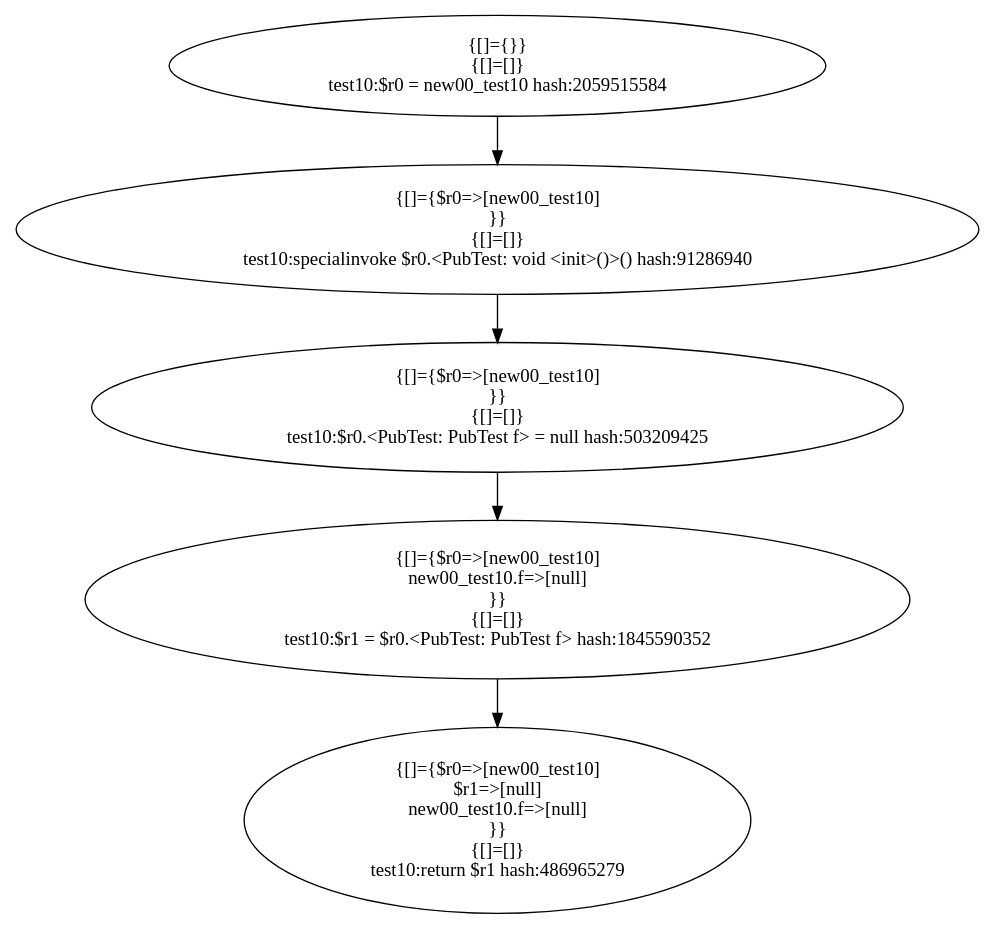
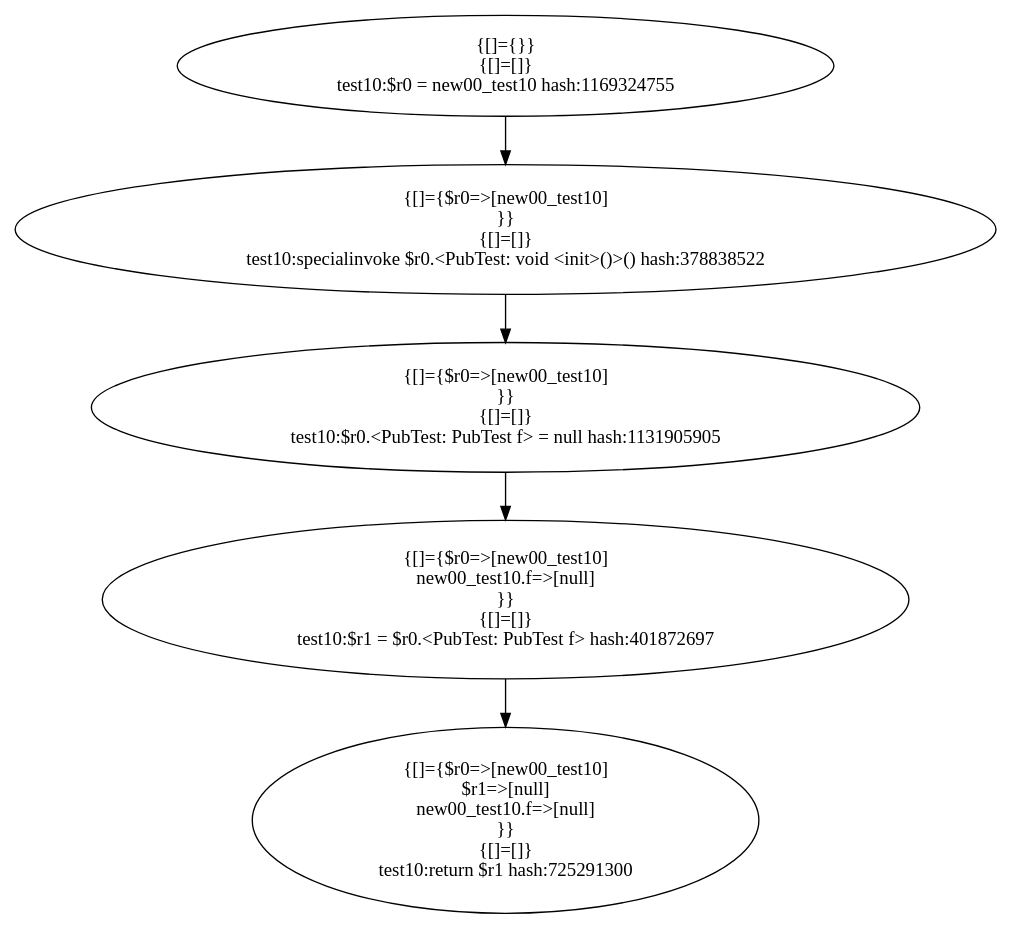
The diagram in target1-pub/PubTest.test10.dot (khushit-shah/PointsToAnalysisJava), drawn with Graphviz before and after one commit. The commit also changed 134 other files, not shown here.

```diff
--- a/target1-pub/PubTest.test10.dot
+++ b/target1-pub/PubTest.test10.dot
@@ -1,55 +1,55 @@
 digraph "./target1-pub/PubTest.test10" {
     "{[]={}}
 {[]=[]}
-test10:$r0 = new00_test10 hash:2059515584";
+test10:$r0 = new00_test10 hash:1169324755";
     "{[]={$r0=>[new00_test10]
 }}
 {[]=[]}
-test10:specialinvoke $r0.<PubTest: void <init>()>() hash:91286940";
+test10:specialinvoke $r0.<PubTest: void <init>()>() hash:378838522";
     "{[]={$r0=>[new00_test10]
 }}
 {[]=[]}
-test10:$r0.<PubTest: PubTest f> = null hash:503209425";
+test10:$r0.<PubTest: PubTest f> = null hash:1131905905";
     "{[]={$r0=>[new00_test10]
 new00_test10.f=>[null]
 }}
 {[]=[]}
-test10:$r1 = $r0.<PubTest: PubTest f> hash:1845590352";
+test10:$r1 = $r0.<PubTest: PubTest f> hash:401872697";
     "{[]={$r0=>[new00_test10]
 $r1=>[null]
 new00_test10.f=>[null]
 }}
 {[]=[]}
-test10:return $r1 hash:486965279";
+test10:return $r1 hash:725291300";
     "{[]={}}
 {[]=[]}
-test10:$r0 = new00_test10 hash:2059515584"->"{[]={$r0=>[new00_test10]
+test10:$r0 = new00_test10 hash:1169324755"->"{[]={$r0=>[new00_test10]
 }}
 {[]=[]}
-test10:specialinvoke $r0.<PubTest: void <init>()>() hash:91286940";
+test10:specialinvoke $r0.<PubTest: void <init>()>() hash:378838522";
     "{[]={$r0=>[new00_test10]
 }}
 {[]=[]}
-test10:specialinvoke $r0.<PubTest: void <init>()>() hash:91286940"->"{[]={$r0=>[new00_test10]
+test10:specialinvoke $r0.<PubTest: void <init>()>() hash:378838522"->"{[]={$r0=>[new00_test10]
 }}
 {[]=[]}
-test10:$r0.<PubTest: PubTest f> = null hash:503209425";
+test10:$r0.<PubTest: PubTest f> = null hash:1131905905";
     "{[]={$r0=>[new00_test10]
 }}
 {[]=[]}
-test10:$r0.<PubTest: PubTest f> = null hash:503209425"->"{[]={$r0=>[new00_test10]
+test10:$r0.<PubTest: PubTest f> = null hash:1131905905"->"{[]={$r0=>[new00_test10]
 new00_test10.f=>[null]
 }}
 {[]=[]}
-test10:$r1 = $r0.<PubTest: PubTest f> hash:1845590352";
+test10:$r1 = $r0.<PubTest: PubTest f> hash:401872697";
     "{[]={$r0=>[new00_test10]
 new00_test10.f=>[null]
 }}
 {[]=[]}
-test10:$r1 = $r0.<PubTest: PubTest f> hash:1845590352"->"{[]={$r0=>[new00_test10]
+test10:$r1 = $r0.<PubTest: PubTest f> hash:401872697"->"{[]={$r0=>[new00_test10]
 $r1=>[null]
 new00_test10.f=>[null]
 }}
 {[]=[]}
-test10:return $r1 hash:486965279";
+test10:return $r1 hash:725291300";
 }
```
